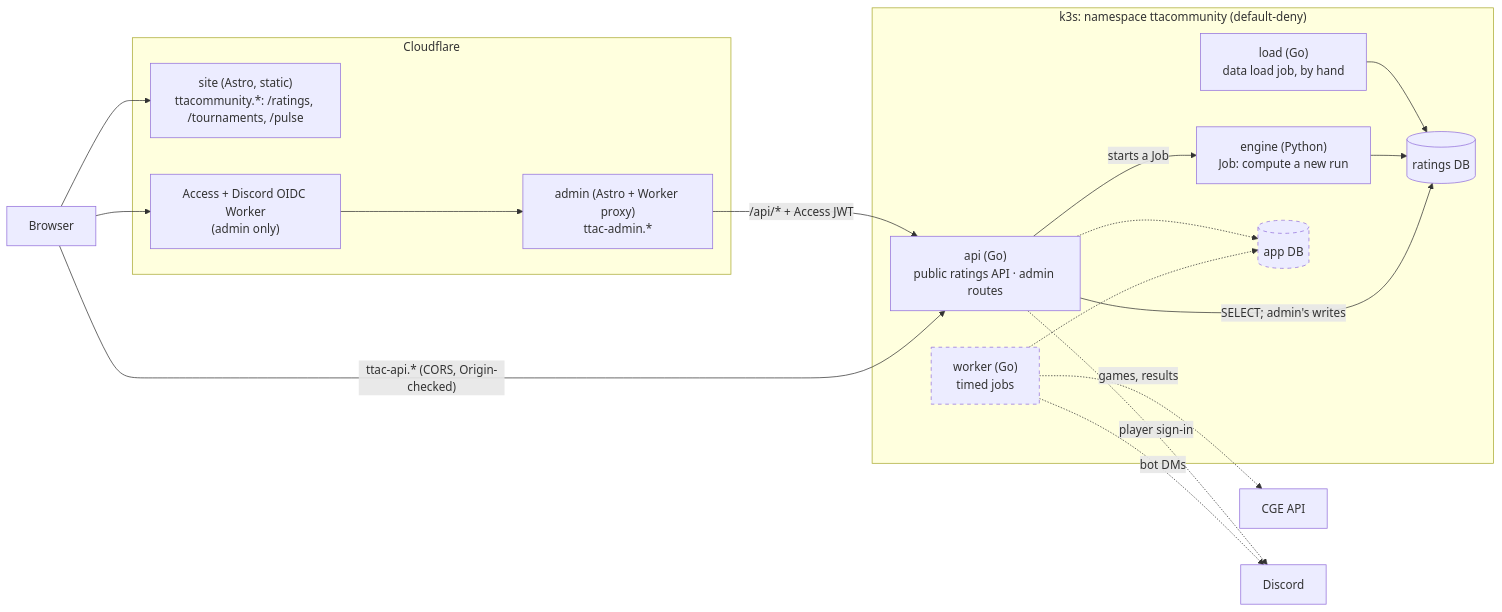
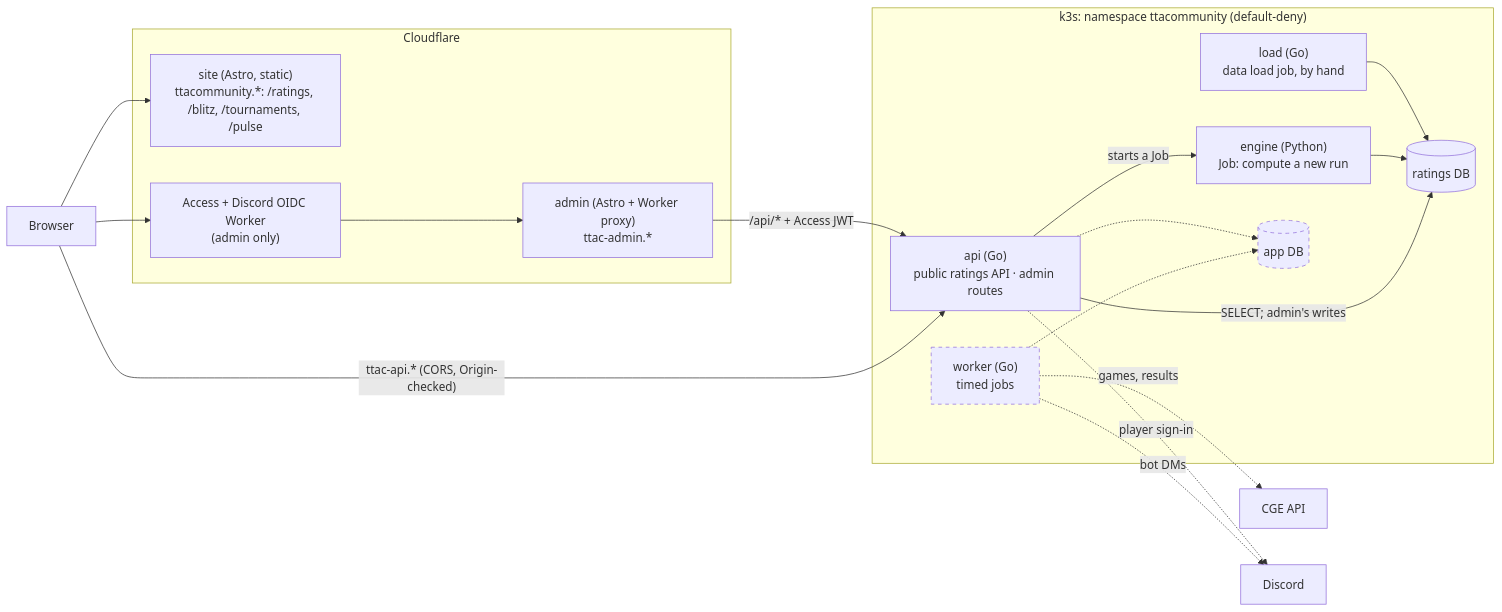
One commit to ttacommunity/ttacommunity changed the first of 2 diagrams in docs/architecture.md. Above: the diagram before and after it, drawn with Mermaid. The commit also changed other lines of this file and 48 other files, not shown here.

Commit message:
Add blitz editions, their entrants and the site's Blitz section

````diff
--- a/docs/architecture.md
+++ b/docs/architecture.md
@@ -11,31 +12,31 @@
 ```mermaid
 flowchart LR
     subgraph cf["Cloudflare"]
-        site["site (Astro, static)<br/>ttacommunity.*: /ratings, /tournaments, /pulse"]
+        site["site (Astro, static)<br/>ttacommunity.*: /ratings, /blitz, /tournaments, /pulse"]
         admin["admin (Astro + Worker proxy)<br/>ttac-admin.*"]
         access["Access + Discord OIDC Worker<br/>(admin only)"]
     end
     subgraph cluster["k3s: namespace ttacommunity (default-deny)"]
         api["api (Go)<br/>public ratings API · admin routes"]
         engine["engine (Python)<br/>Job: compute a new run"]
         load["load (Go)<br/>data load job, by hand"]
         rdb[("ratings DB")]
         worker["worker (Go)<br/>timed jobs"]
         adb[("app DB")]
     end
     browser["Browser"] --> site
     browser -->|"ttac-api.* (CORS, Origin-checked)"| api
     browser --> access --> admin
     admin -->|"/api/* + Access JWT"| api
     api -->|"SELECT; admin's writes"| rdb
     api -->|starts a Job| engine
     engine --> rdb
     load --> rdb
     worker -.-> adb
     worker -.->|games, results| cge["CGE API"]
     worker -.->|bot DMs| discord["Discord"]
     api -.->|player sign-in| discord
     api -.-> adb
     classDef planned stroke-dasharray: 5 5
     class worker,adb planned
 ```
````
